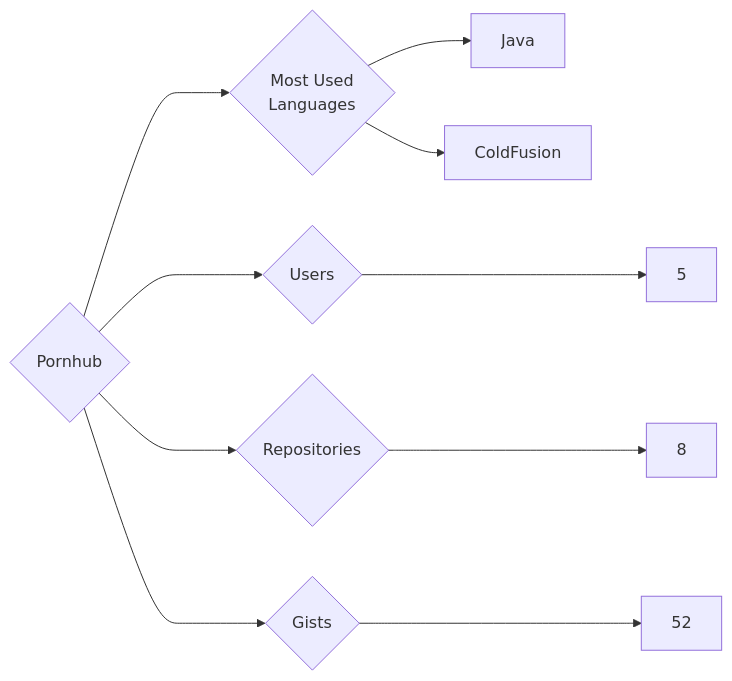
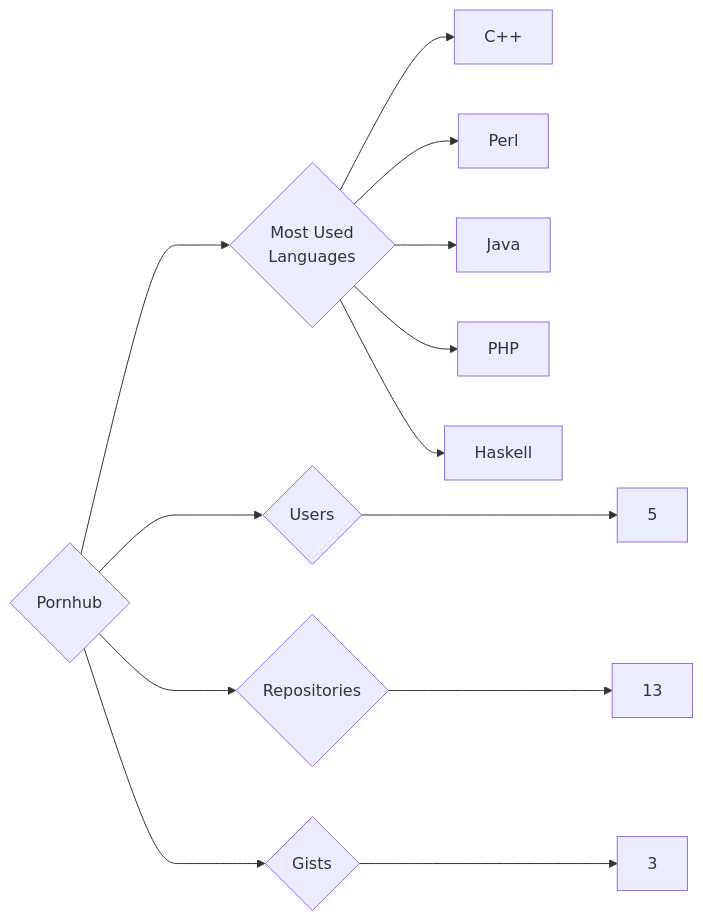
Before and after one commit to trickest/insiders: the diagram in targets/Pornhub/README.md, drawn with Mermaid. The commit also changed 695 other files, not shown here.

````diff
--- a/targets/Pornhub/README.md
+++ b/targets/Pornhub/README.md
@@ -3,10 +3,13 @@
 ```mermaid
 graph LR
 COMPANY_NAME{Pornhub}
 COMPANY_NAME ---> U{Users} ---> UN[5]
-COMPANY_NAME ---> R{Repositories} ---> RN[8]
-COMPANY_NAME ---> G{Gists} ---> GN[52]
+COMPANY_NAME ---> R{Repositories} ---> RN[13]
+COMPANY_NAME ---> G{Gists} ---> GN[3]
 COMPANY_NAME ---> ML{Most Used<br>Languages}
+ML --> C++[C++]
+ML --> Perl[Perl]
 ML --> Java[Java]
-ML --> ColdFusion[ColdFusion]
+ML --> PHP[PHP]
+ML --> Haskell[Haskell]
 ```
````
